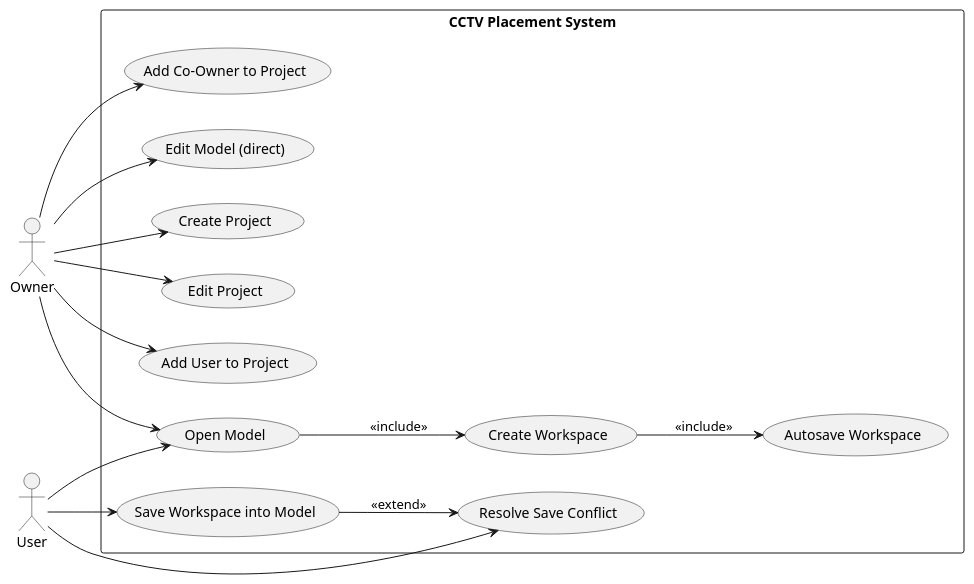
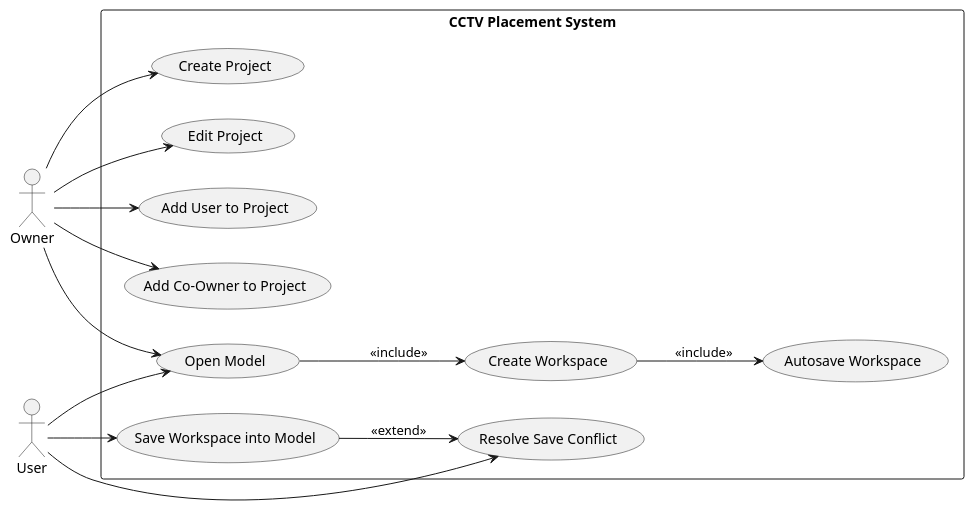
One commit to Ministry-of-Learning-of-Jura-Kites/OmniCam changed the diagram in docs/diagrams/use_case.puml. Above: the diagram before and after it, drawn with PlantUML. The commit also changed 6 other files, not shown here.

Commit message:
organize diagrams

```diff
--- a/docs/diagrams/use_case.puml
+++ b/docs/diagrams/use_case.puml
@@ -1,34 +1,32 @@
 @startuml use case diagram
 left to right direction
 actor Owner
 actor User
 
 rectangle "CCTV Placement System" {
   
   usecase "Create Project" as UC1
   usecase "Edit Project" as UC2
   usecase "Add User to Project" as UC3
   usecase "Add Co-Owner to Project" as UC4
   usecase "Open Model" as UC5
-  usecase "Edit Model (direct)" as UC6
   usecase "Create Workspace" as UC7
   usecase "Autosave Workspace" as UC8
   usecase "Save Workspace into Model" as UC9
   usecase "Resolve Save Conflict" as UC10
 
   Owner --> UC1
   Owner --> UC2
   Owner --> UC3
   Owner --> UC4
   Owner --> UC5
-  Owner --> UC6
   
   User --> UC5
   User --> UC9
   User --> UC10
   
   UC5 --> UC7 : <<include>>
   UC7 --> UC8 : <<include>>
   UC9 --> UC10 : <<extend>>
 }
 @enduml
```
